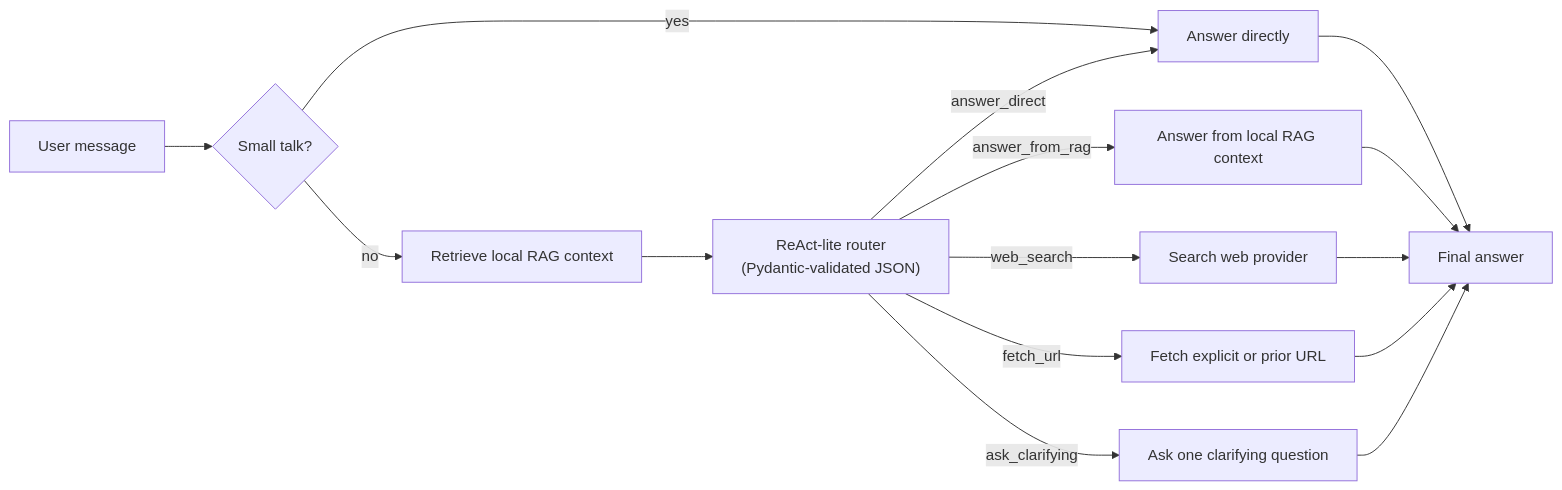
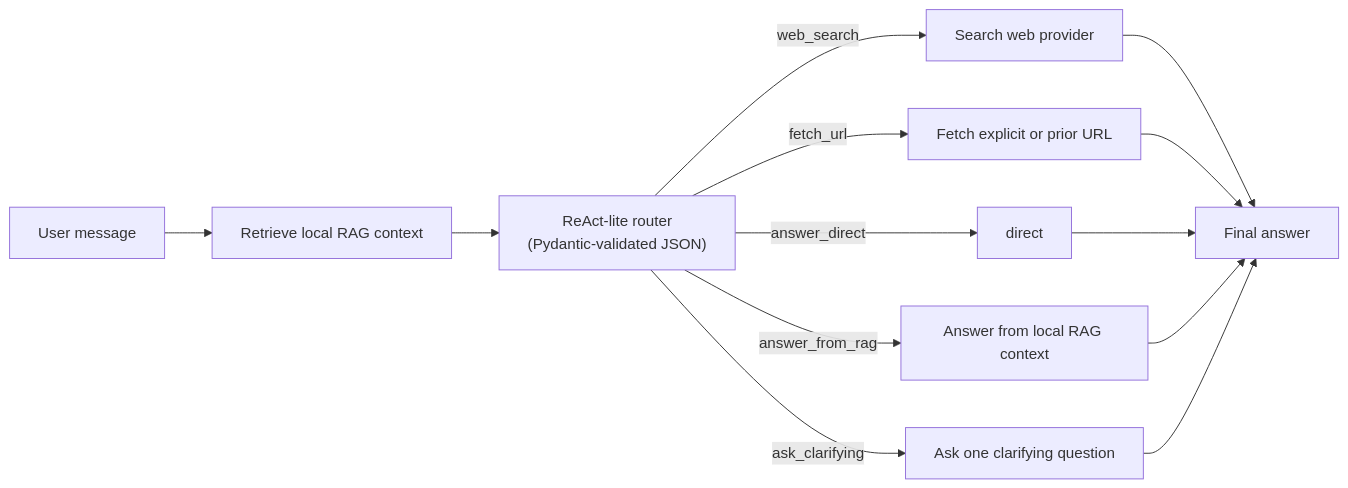
The third of 4 diagrams in README.md (KostasCherv/cortex), drawn with Mermaid before and after one commit. The commit also changed other lines of this file, not shown here.

Commit message:
docs: update README to clarify ReAct-lite chat routing and decision-making

````diff
--- a/README.md
+++ b/README.md
@@ -80,17 +80,15 @@
 ```mermaid
 flowchart LR
-    userMessage["User message"] --> smallTalk{"Small talk?"}
-    smallTalk -->|"yes"| direct["Answer directly"]
-    smallTalk -->|"no"| retrieve["Retrieve local RAG context"]
+    userMessage["User message"] --> retrieve["Retrieve local RAG context"]
     retrieve --> router["ReAct-lite router\n(Pydantic-validated JSON)"]
     router -->|"answer_direct"| direct
     router -->|"answer_from_rag"| ragAnswer["Answer from local RAG context"]
     router -->|"web_search"| web["Search web provider"]
     router -->|"fetch_url"| fetch["Fetch explicit or prior URL"]
     router -->|"ask_clarifying"| clarify["Ask one clarifying question"]
     web --> final["Final answer"]
     fetch --> final
     direct --> final
     ragAnswer --> final
     clarify --> final
 ```
````
